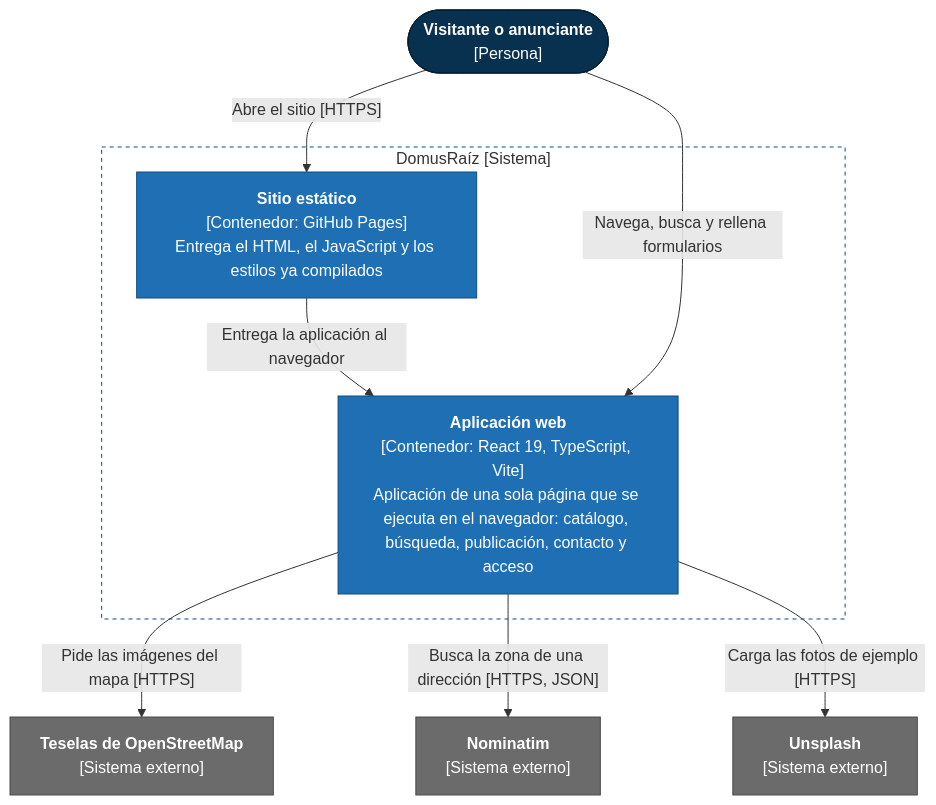
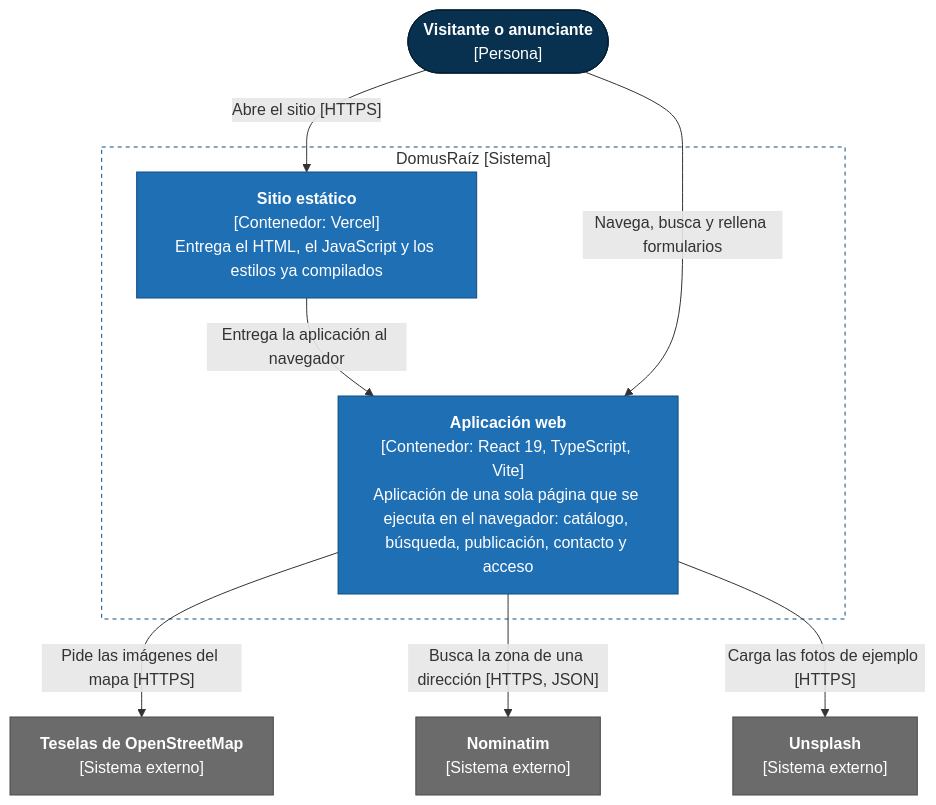
Before and after one commit to jespinal899/raizMotor: the third of 6 diagrams in docs/arquitectura.md, drawn with Mermaid. The commit also changed other lines of this file and 1 other file, not shown here.

First line of the commit message:
docs: documenta el despliegue en Vercel

````diff
--- a/docs/arquitectura.md
+++ b/docs/arquitectura.md
@@ -86,32 +86,32 @@
 ```mermaid
 %%{init: {"flowchart": {"wrappingWidth": 280}}}%%
 flowchart TB
     accTitle: Contenedores de DomusRaíz
-    accDescr: La persona abre el sitio estático de GitHub Pages, que entrega la aplicación web al navegador. La aplicación consulta OpenStreetMap, Nominatim y Unsplash.
+    accDescr: La persona abre el sitio estático de Vercel, que entrega la aplicación web al navegador. La aplicación consulta OpenStreetMap, Nominatim y Unsplash.
 
     usuario(["<b>Visitante o anunciante</b><br/>[Persona]"])
 
     subgraph domus ["DomusRaíz [Sistema]"]
-        pages["<b>Sitio estático</b><br/>[Contenedor: GitHub Pages]<br/>Entrega el HTML, el JavaScript y los estilos ya compilados"]
+        pages["<b>Sitio estático</b><br/>[Contenedor: Vercel]<br/>Entrega el HTML, el JavaScript y los estilos ya compilados"]
         spa["<b>Aplicación web</b><br/>[Contenedor: React 19, TypeScript, Vite]<br/>Aplicación de una sola página que se ejecuta en el navegador: catálogo, búsqueda, publicación, contacto y acceso"]
     end
 
     tiles["<b>Teselas de OpenStreetMap</b><br/>[Sistema externo]"]
     nominatim["<b>Nominatim</b><br/>[Sistema externo]"]
     unsplash["<b>Unsplash</b><br/>[Sistema externo]"]
 
     usuario -- "Abre el sitio [HTTPS]" --> pages
     pages -- "Entrega la aplicación al navegador" --> spa
     usuario -- "Navega, busca y rellena formularios" --> spa
     spa -- "Pide las imágenes del mapa [HTTPS]" --> tiles
     spa -- "Busca la zona de una dirección [HTTPS, JSON]" --> nominatim
     spa -- "Carga las fotos de ejemplo [HTTPS]" --> unsplash
 
     classDef persona fill:#08304f,stroke:#041d30,color:#fff
     classDef contenedor fill:#1f6fb5,stroke:#0f4c81,color:#fff
     classDef externo fill:#6b6b6b,stroke:#4a4a4a,color:#fff
     class usuario persona
     class pages,spa contenedor
     class tiles,nominatim,unsplash externo
     style domus fill:none,stroke:#0f4c81,stroke-dasharray:4 4
 ```
````
